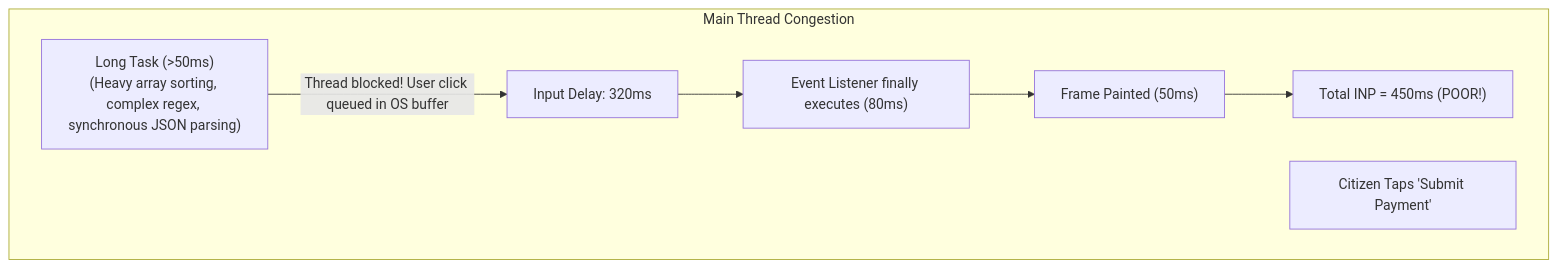
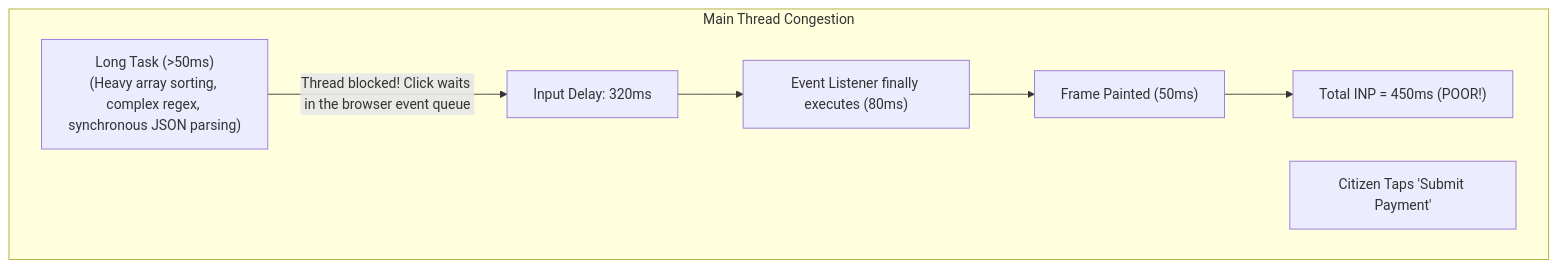
Before and after one commit to polla-fattah/frontend-book: the seventh of 10 diagrams in content/book/Chapter_15_Core_Web_Vitals_and_Performance_Engineering.md, drawn with Mermaid. The commit also changed other lines of this file, not shown here.

````diff
--- a/content/book/Chapter_15_Core_Web_Vitals_and_Performance_Engineering.md
+++ b/content/book/Chapter_15_Core_Web_Vitals_and_Performance_Engineering.md
@@ -169,11 +197,11 @@
 ```mermaid
 flowchart TD
     subgraph MainThreadCongestion["Main Thread Congestion"]
         LT["Long Task (>50ms)\n(Heavy array sorting, complex regex, synchronous JSON parsing)"]
         Click["Citizen Taps 'Submit Payment'"]
-        LT -->|Thread blocked! User click queued in OS buffer| Wait["Input Delay: 320ms"]
+        LT -->|Thread blocked! Click waits in the browser event queue| Wait["Input Delay: 320ms"]
         Wait --> Exec["Event Listener finally executes (80ms)"]
         Exec --> Paint["Frame Painted (50ms)"]
         Paint --> BadINP["Total INP = 450ms (POOR!)"]
     end
 ```
````
